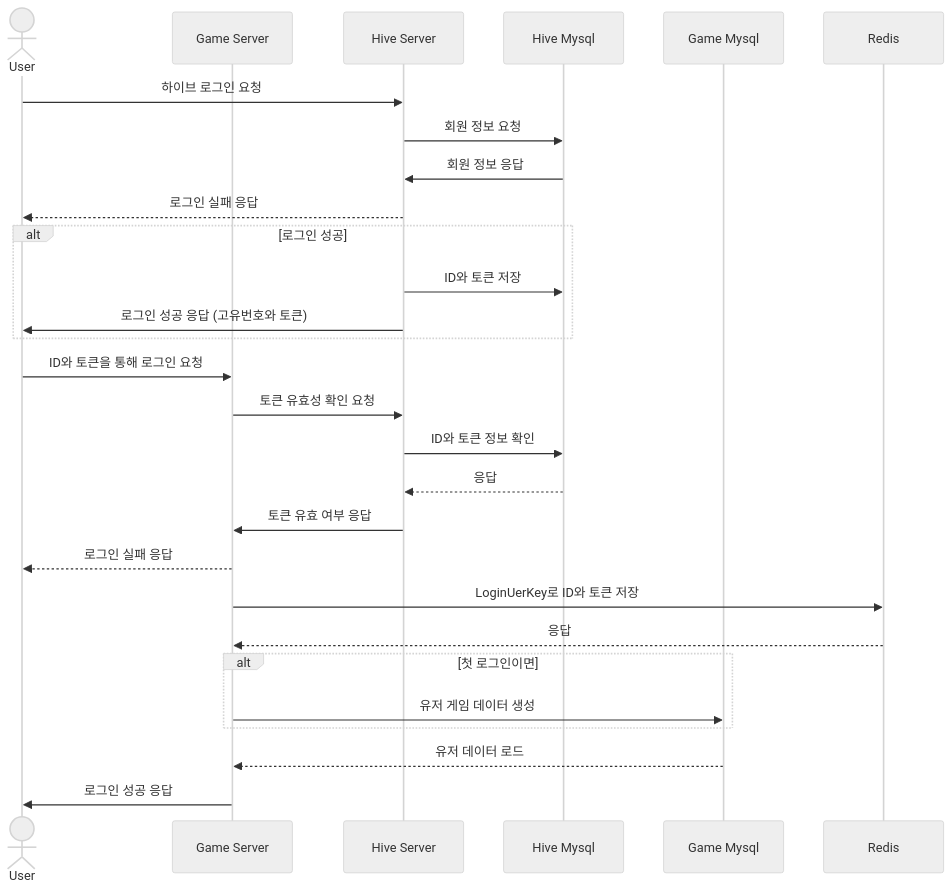
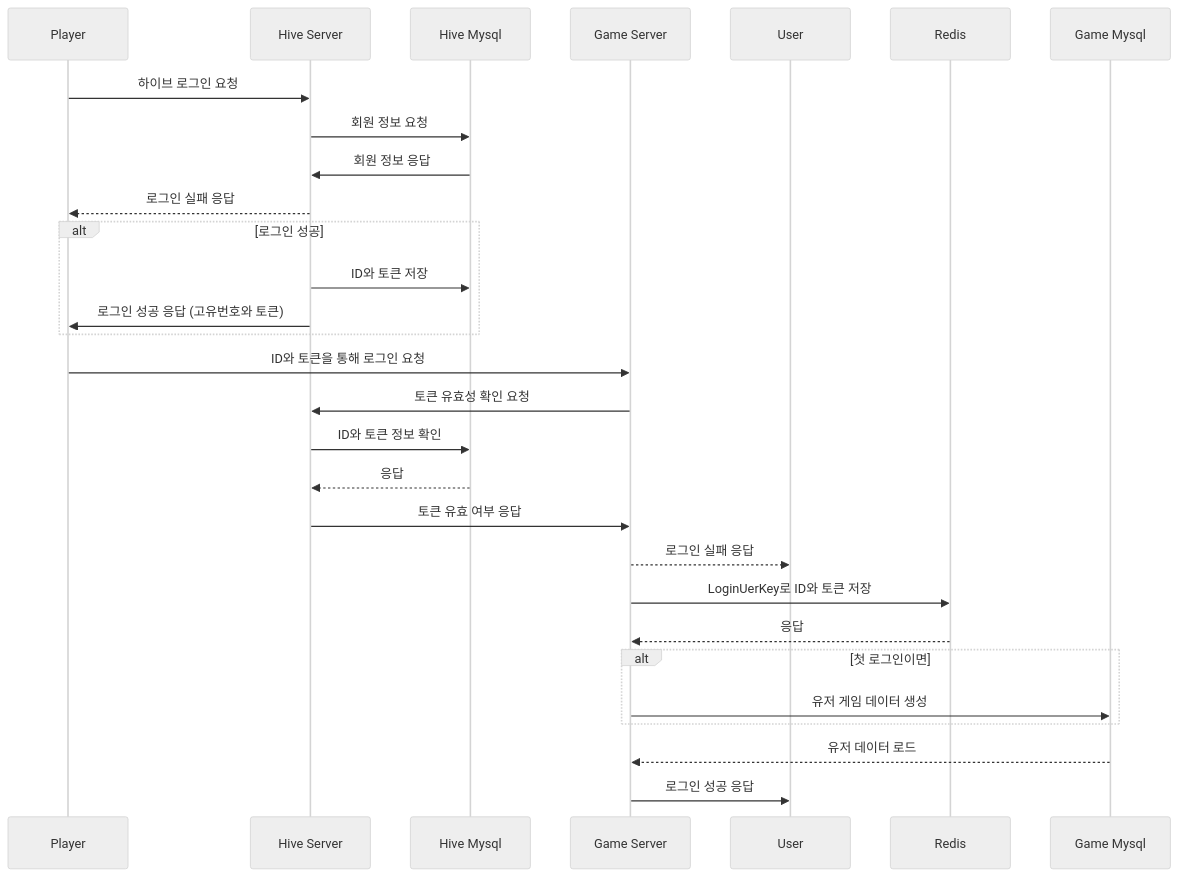
Before and after one commit to yujinS0/Omok-Game: the second of 2 diagrams in SequenceDiagram/Register-Login.md, drawn with Mermaid (neutral theme). The commit also changed other lines of this file, not shown here.

````diff
--- a/SequenceDiagram/Register-Login.md
+++ b/SequenceDiagram/Register-Login.md
@@ -18,45 +17,40 @@
 ```mermaid
 sequenceDiagram
-	actor User
-	participant Game Server
-	participant Hive Server
-	participant Hive Mysql
-  participant Game Mysql
-  participant Redis
-
-	User ->> Hive Server: 하이브 로그인 요청
+	
+	
+	Player ->> Hive Server: 하이브 로그인 요청
   Hive Server ->> Hive Mysql : 회원 정보 요청
   Hive Mysql ->> Hive Server : 회원 정보 응답
-	Hive Server -->> User : 로그인 실패 응답
+	Hive Server -->> Player : 로그인 실패 응답
 
   alt 로그인 성공
   Hive Server ->> Hive Mysql : ID와 토큰 저장
-  Hive Server ->> User : 로그인 성공 응답 (고유번호와 토큰)
+  Hive Server ->> Player : 로그인 성공 응답 (고유번호와 토큰)
   end
 
-	User ->> Game Server : ID와 토큰을 통해 로그인 요청
+	Player ->> Game Server : ID와 토큰을 통해 로그인 요청
 	Game Server ->> Hive Server : 토큰 유효성 확인 요청
 	Hive Server ->> Hive Mysql : ID와 토큰 정보 확인
 	Hive Mysql -->> Hive Server : 응답
 	Hive Server ->> Game Server : 토큰 유효 여부 응답
 
 	Game Server -->> User : 로그인 실패 응답
 	
 	Game Server ->> Redis : LoginUerKey로 ID와 토큰 저장
   Redis -->> Game Server : 응답
 
 	alt 첫 로그인이면
 	Game Server ->> Game Mysql : 유저 게임 데이터 생성
 	end
 	Game Mysql -->> Game Server : 유저 데이터 로드
 
 	Game Server ->> User : 로그인 성공 응답 
 	
 
 
 
 
 
 
 
 ```
````
